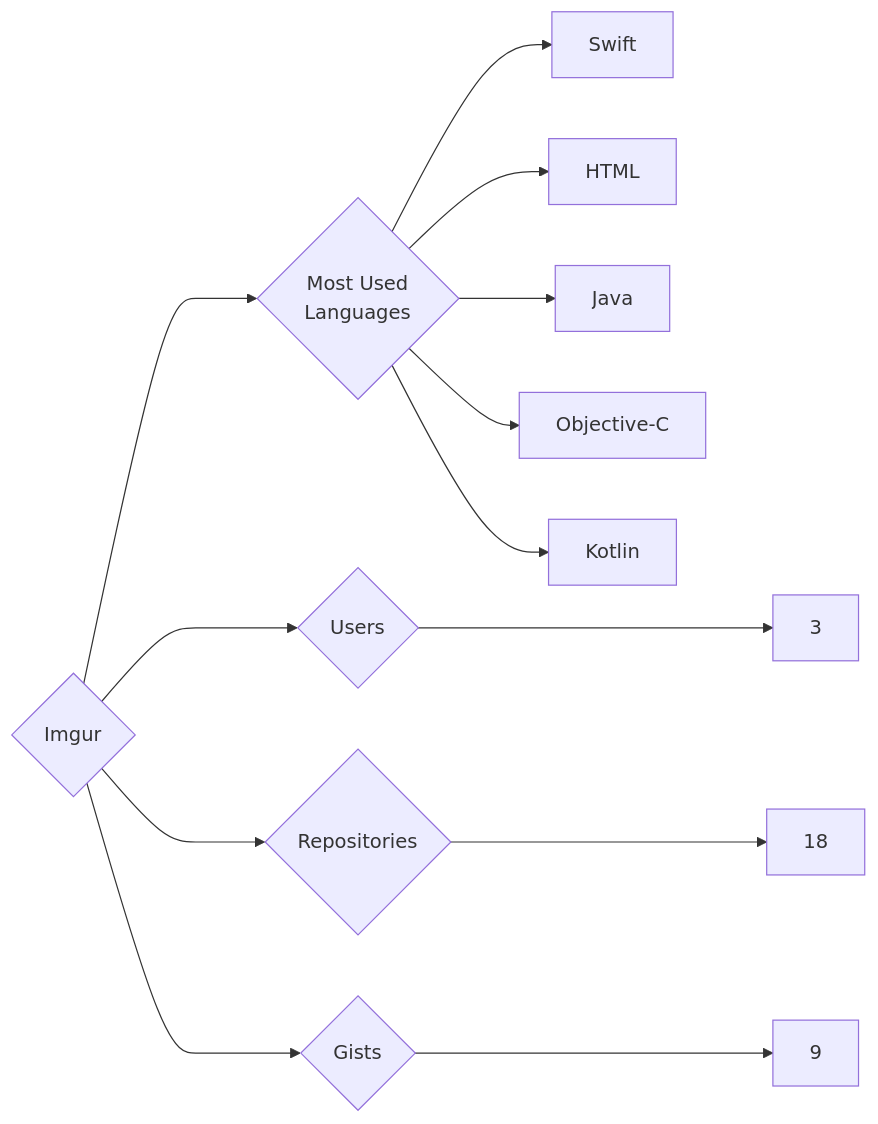
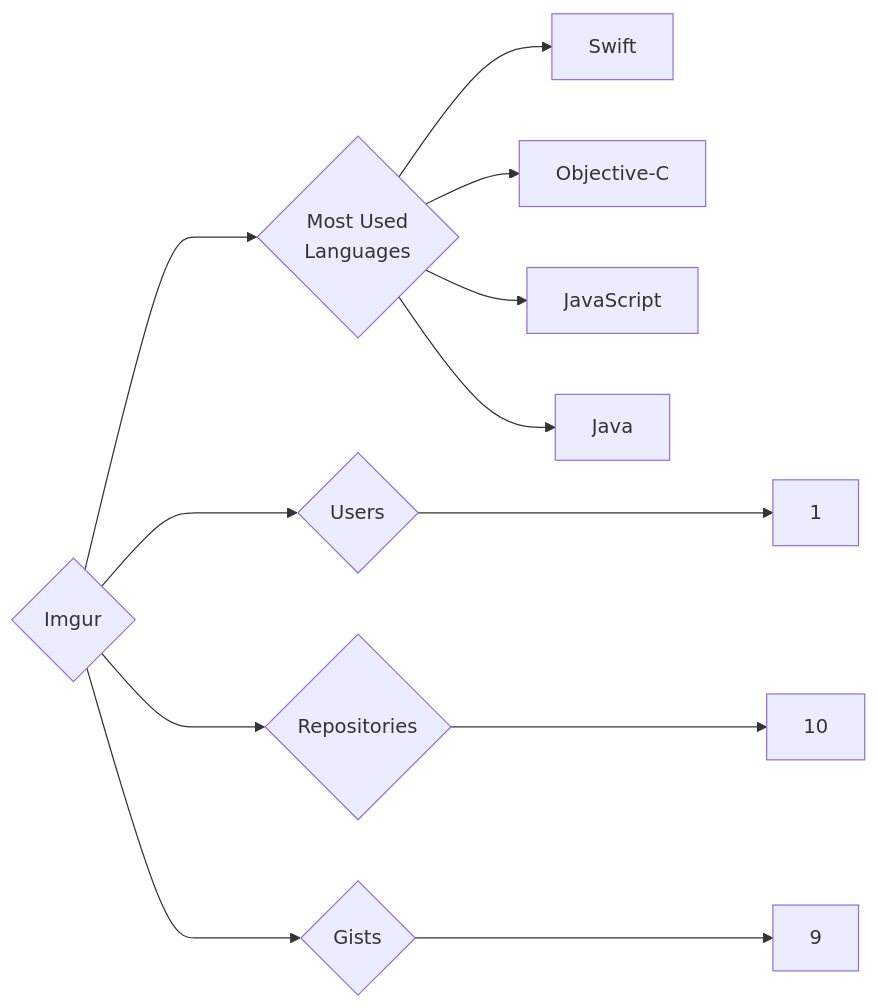
Before and after one commit to trickest/insiders: the diagram in targets/Imgur/README.md, drawn with Mermaid. The commit also changed 925 other files, not shown here.

````diff
--- a/targets/Imgur/README.md
+++ b/targets/Imgur/README.md
@@ -3,13 +3,12 @@
 ```mermaid
 graph LR
 COMPANY_NAME{Imgur}
-COMPANY_NAME ---> U{Users} ---> UN[3]
-COMPANY_NAME ---> R{Repositories} ---> RN[18]
+COMPANY_NAME ---> U{Users} ---> UN[1]
+COMPANY_NAME ---> R{Repositories} ---> RN[10]
 COMPANY_NAME ---> G{Gists} ---> GN[9]
 COMPANY_NAME ---> ML{Most Used<br>Languages}
 ML --> Swift[Swift]
-ML --> HTML[HTML]
+ML --> Objective-C[Objective-C]
+ML --> JavaScript[JavaScript]
 ML --> Java[Java]
-ML --> Objective-C[Objective-C]
-ML --> Kotlin[Kotlin]
 ```
````
